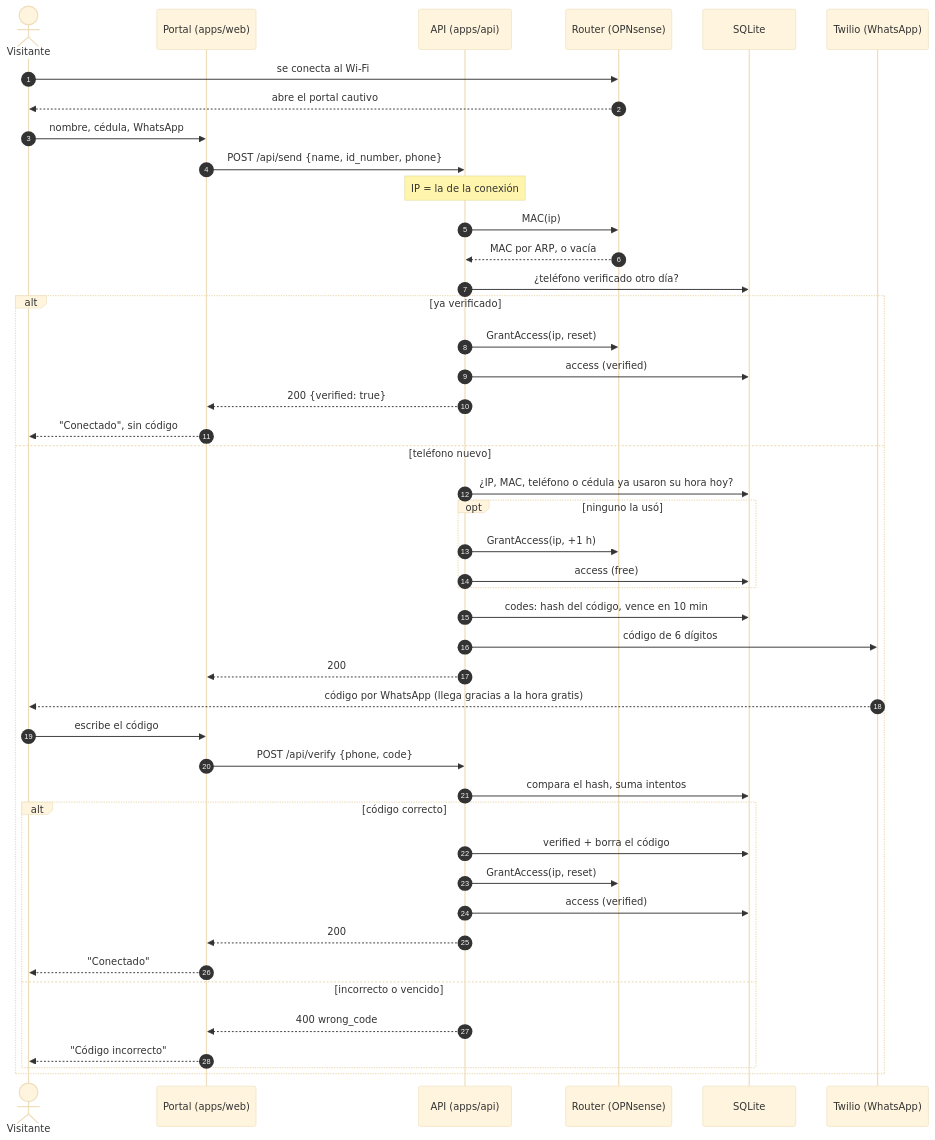
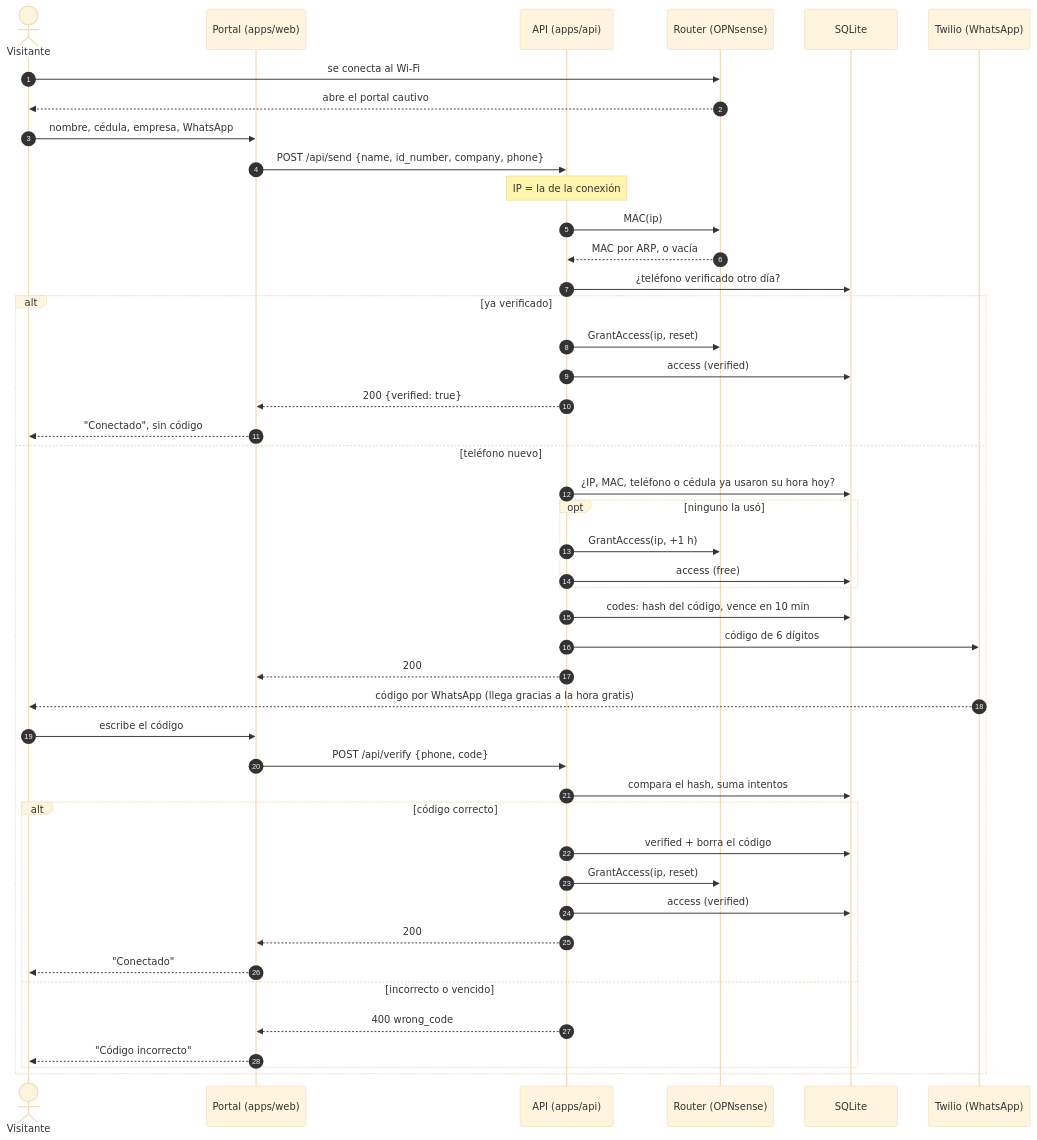
Before and after one commit to TipoTramquilo/byteservices-portal: the first of 3 diagrams in docs/explanation/core/acceso-wifi.md, drawn with Mermaid (base theme). The commit also changed other lines of this file and 11 other files, not shown here.

First line of the commit message:
web, api: empresa donde trabaja en el registro del visitante

````diff
--- a/docs/explanation/core/acceso-wifi.md
+++ b/docs/explanation/core/acceso-wifi.md
@@ -53,49 +53,49 @@
 ```mermaid
 sequenceDiagram
     autonumber
     actor V as Visitante
     participant P as Portal (apps/web)
     participant A as API (apps/api)
     participant R as Router (OPNsense)
     participant D as SQLite
     participant W as Twilio (WhatsApp)
 
     V->>R: se conecta al Wi-Fi
     R-->>V: abre el portal cautivo
-    V->>P: nombre, cédula, WhatsApp
-    P->>A: POST /api/send {name, id_number, phone}
+    V->>P: nombre, cédula, empresa, WhatsApp
+    P->>A: POST /api/send {name, id_number, company, phone}
     Note over A: IP = la de la conexión
     A->>R: MAC(ip)
     R-->>A: MAC por ARP, o vacía
     A->>D: ¿teléfono verificado otro día?
 
     alt ya verificado
         A->>R: GrantAccess(ip, reset)
         A->>D: access (verified)
         A-->>P: 200 {verified: true}
         P-->>V: "Conectado", sin código
     else teléfono nuevo
         A->>D: ¿IP, MAC, teléfono o cédula ya usaron su hora hoy?
         opt ninguno la usó
             A->>R: GrantAccess(ip, +1 h)
             A->>D: access (free)
         end
         A->>D: codes: hash del código, vence en 10 min
         A->>W: código de 6 dígitos
         A-->>P: 200
         W-->>V: código por WhatsApp (llega gracias a la hora gratis)
         V->>P: escribe el código
         P->>A: POST /api/verify {phone, code}
         A->>D: compara el hash, suma intentos
         alt código correcto
             A->>D: verified + borra el código
             A->>R: GrantAccess(ip, reset)
             A->>D: access (verified)
             A-->>P: 200
             P-->>V: "Conectado"
         else incorrecto o vencido
             A-->>P: 400 wrong_code
             P-->>V: "Código incorrecto"
         end
     end
 ```
````
